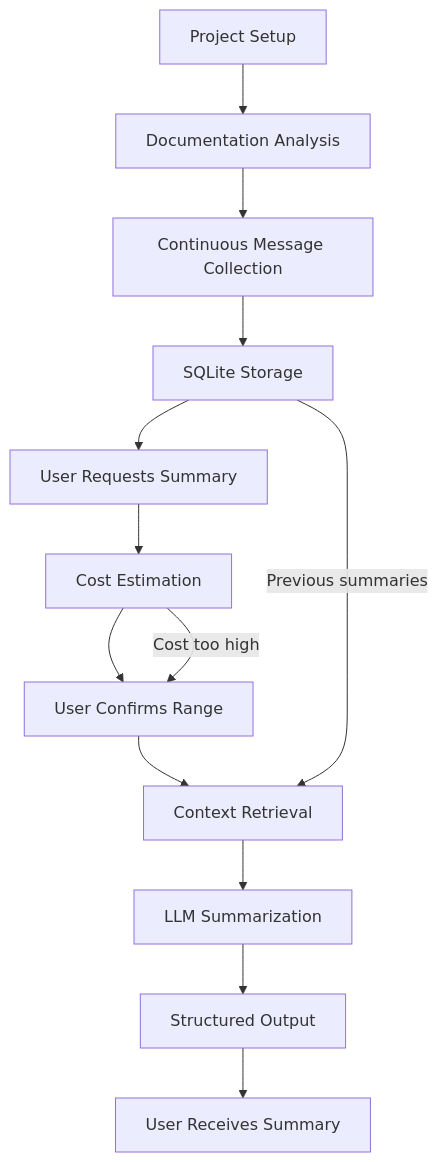
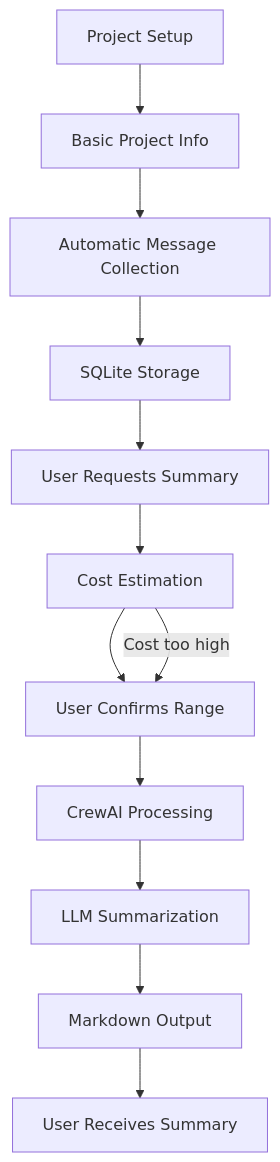
Before and after one commit to 0xthiagomartins/community-insights: the diagram in docs/how_it_works.md, drawn with Mermaid. The commit also changed other lines of this file and 12 other files, not shown here.

Commit message:
Update README, cost management, and documentation; remove getting started guide. Enhance project overview, simplify cost estimation details, and clarify future features. Introduce structured summaries and outline MVP status for project analysis and Twitter thread generation.

````diff
--- a/docs/how_it_works.md
+++ b/docs/how_it_works.md
@@ -41,17 +35,16 @@
 ```mermaid
 flowchart TD
 
-A[Project Setup] --> B[Documentation Analysis]
-B --> C[Continuous Message Collection]
+A[Project Setup] --> B[Basic Project Info]
+B --> C[Automatic Message Collection]
 C --> D[SQLite Storage]
 D --> E[User Requests Summary]
 E --> F[Cost Estimation]
 F --> G[User Confirms Range]
-G --> H[Context Retrieval]
+G --> H[CrewAI Processing]
 H --> I[LLM Summarization]
-I --> J[Structured Output]
+I --> J[Markdown Output]
 J --> K[User Receives Summary]
 
-D -->|Previous summaries| H
 F -->|Cost too high| G
 ```
````
